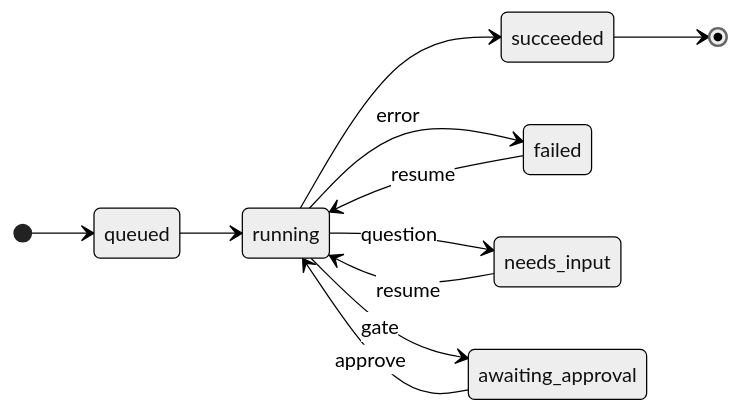
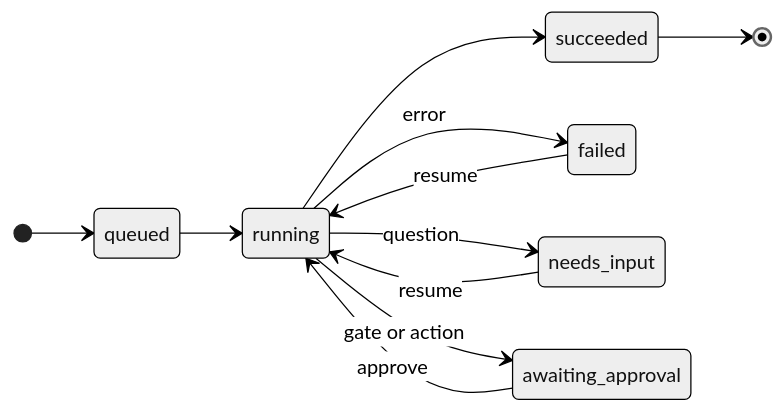
One commit to Tight-Line/Hinziel changed the second of 2 diagrams in README.md. Above: the diagram before and after it, drawn with Mermaid (neutral theme). The commit also changed other lines of this file and 1 other file, not shown here.

````diff
--- a/README.md
+++ b/README.md
@@ -258,14 +331,14 @@
 ```mermaid
 stateDiagram-v2
     direction LR
     [*] --> queued
     queued --> running
     running --> succeeded
     running --> failed : error
     running --> needs_input : question
-    running --> awaiting_approval : gate
+    running --> awaiting_approval : gate or action
     failed --> running : resume
     needs_input --> running : resume
     awaiting_approval --> running : approve
     succeeded --> [*]
 ```
````
